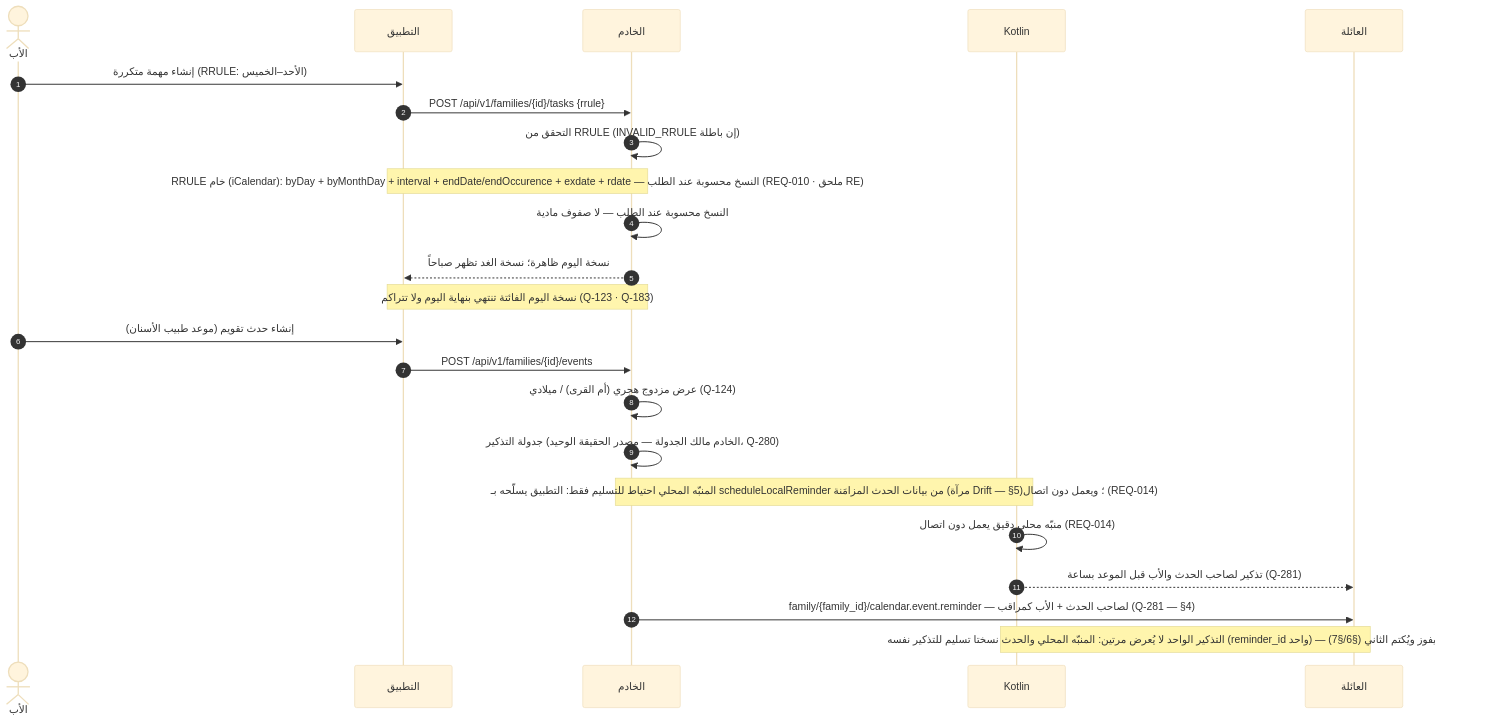
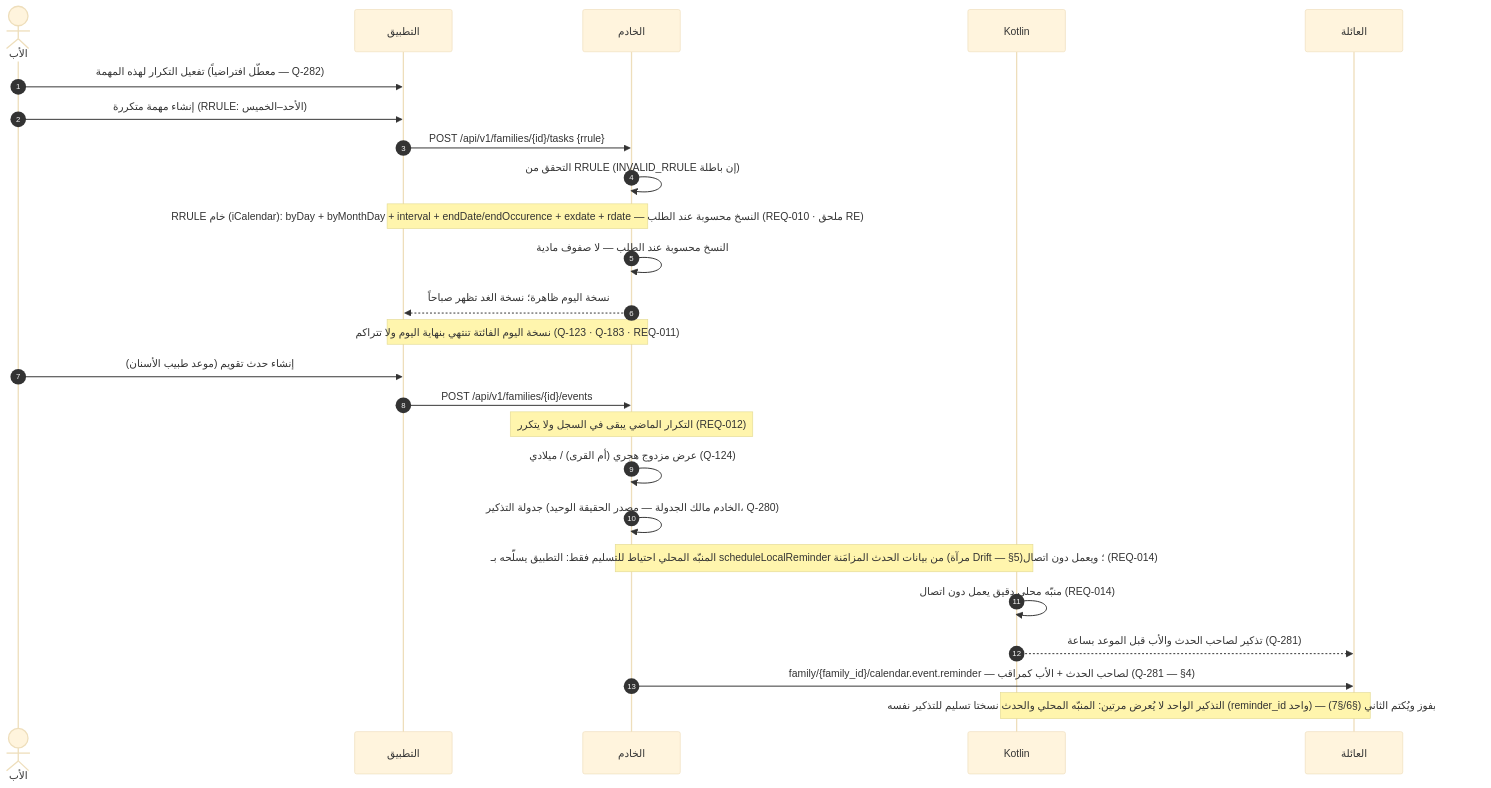
One commit to Bassam-mohammed-alqaeadi/family-os-v2 changed the seventh of 12 diagrams in docs/family-os/governance/phases/phase-1/S1-06-tasks-and-calendar/DIAGRAMS.md. Above: the diagram before and after it, drawn with Mermaid (base theme). The commit also changed other lines of this file, not shown here.

Commit message:
S1-06 DIAGRAMS: إصلاحات D-2 — Q-282 تفعيل التكرار صراحةً في 3-هـ؛ version في ERD (task + calendar_event)؛ Q-253 عواقب الإلغاء + فرع إلغاء في §6؛ 3-ب مخزن الإثبات؛ 3-ج بديل الرفض يتفرع من التحقق + اعتماد الأب داخله؛ MinIO --> UC5؛ أوسمة REQ-003/011/012/013

````diff
--- a/docs/family-os/governance/phases/phase-1/S1-06-tasks-and-calendar/DIAGRAMS.md
+++ b/docs/family-os/governance/phases/phase-1/S1-06-tasks-and-calendar/DIAGRAMS.md
@@ -300,25 +311,27 @@
 ```mermaid
 sequenceDiagram
     autonumber
     actor Father as الأب
     participant App as التطبيق
     participant Ktor as الخادم
     participant K as Kotlin
     participant Family as العائلة
+    Father->>App: تفعيل التكرار لهذه المهمة (معطّل افتراضياً — Q-282)
     Father->>App: إنشاء مهمة متكررة (RRULE: الأحد–الخميس)
     App->>Ktor: POST /api/v1/families/{id}/tasks {rrule}
     Ktor->>Ktor: التحقق من RRULE (INVALID_RRULE إن باطلة)
     Note over Ktor,App: RRULE خام (iCalendar): byDay + byMonthDay + interval + endDate/endOccurence + exdate + rdate — النسخ محسوبة عند الطلب (REQ-010 · ملحق RE)
     Ktor->>Ktor: النسخ محسوبة عند الطلب — لا صفوف مادية
     Ktor-->>App: نسخة اليوم ظاهرة؛ نسخة الغد تظهر صباحاً
-    Note over Ktor,App: نسخة اليوم الفائتة تنتهي بنهاية اليوم ولا تتراكم (Q-123 · Q-183)
+    Note over Ktor,App: نسخة اليوم الفائتة تنتهي بنهاية اليوم ولا تتراكم (Q-123 · Q-183 · REQ-011)
     Father->>App: إنشاء حدث تقويم (موعد طبيب الأسنان)
     App->>Ktor: POST /api/v1/families/{id}/events
+    Note over Ktor: التكرار الماضي يبقى في السجل ولا يتكرر (REQ-012)
     Ktor->>Ktor: عرض مزدوج هجري (أم القرى) / ميلادي (Q-124)
     Ktor->>Ktor: جدولة التذكير (الخادم مالك الجدولة — مصدر الحقيقة الوحيد، Q-280)
     Note over Ktor,K: المنبّه المحلي احتياط للتسليم فقط: التطبيق يسلّحه بـ scheduleLocalReminder من بيانات الحدث المزامَنة (مرآة Drift — §5)؛ ويعمل دون اتصال (REQ-014)
     K->>K: منبّه محلي دقيق يعمل دون اتصال (REQ-014)
     K-->>Family: تذكير لصاحب الحدث والأب قبل الموعد بساعة (Q-281)
     Ktor->>Family: family/{family_id}/calendar.event.reminder — لصاحب الحدث + الأب كمراقب (Q-281 — §4)
     Note over K,Family: التذكير الواحد لا يُعرض مرتين: المنبّه المحلي والحدث نسختا تسليم للتذكير نفسه (reminder_id واحد) — أول وصول يفوز ويُكتم الثاني (§6/§7)
 ```
````
